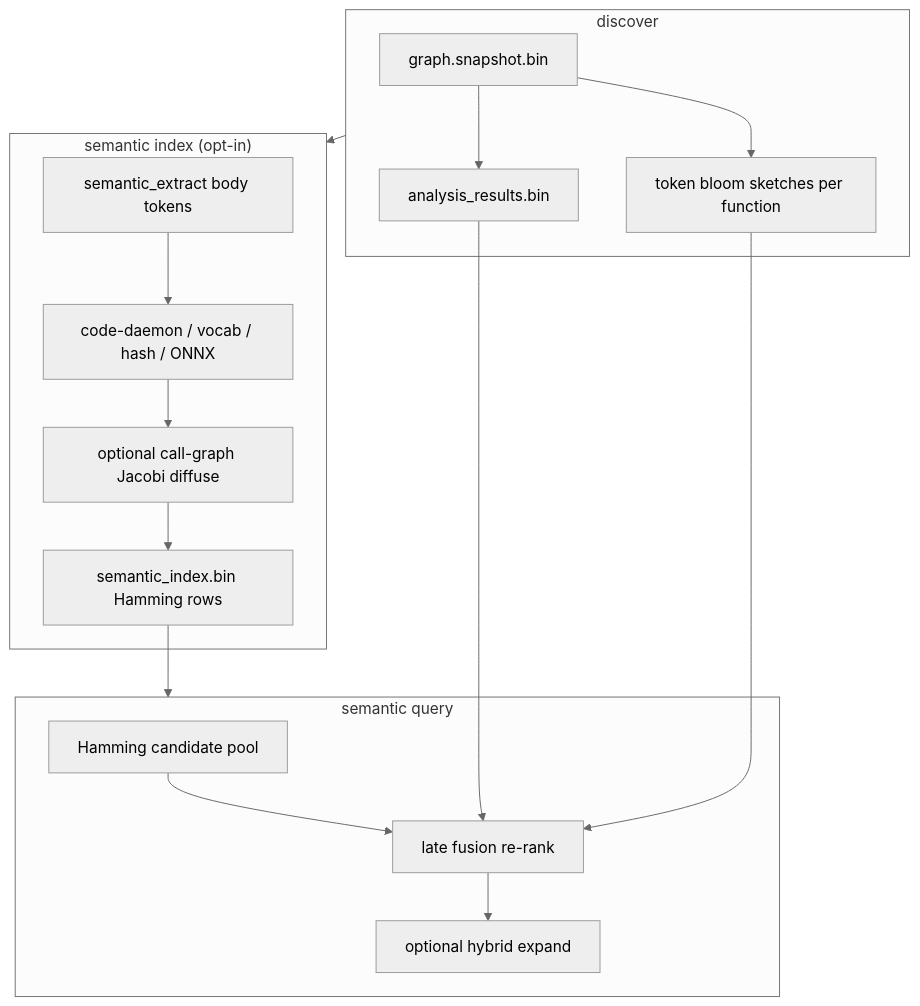
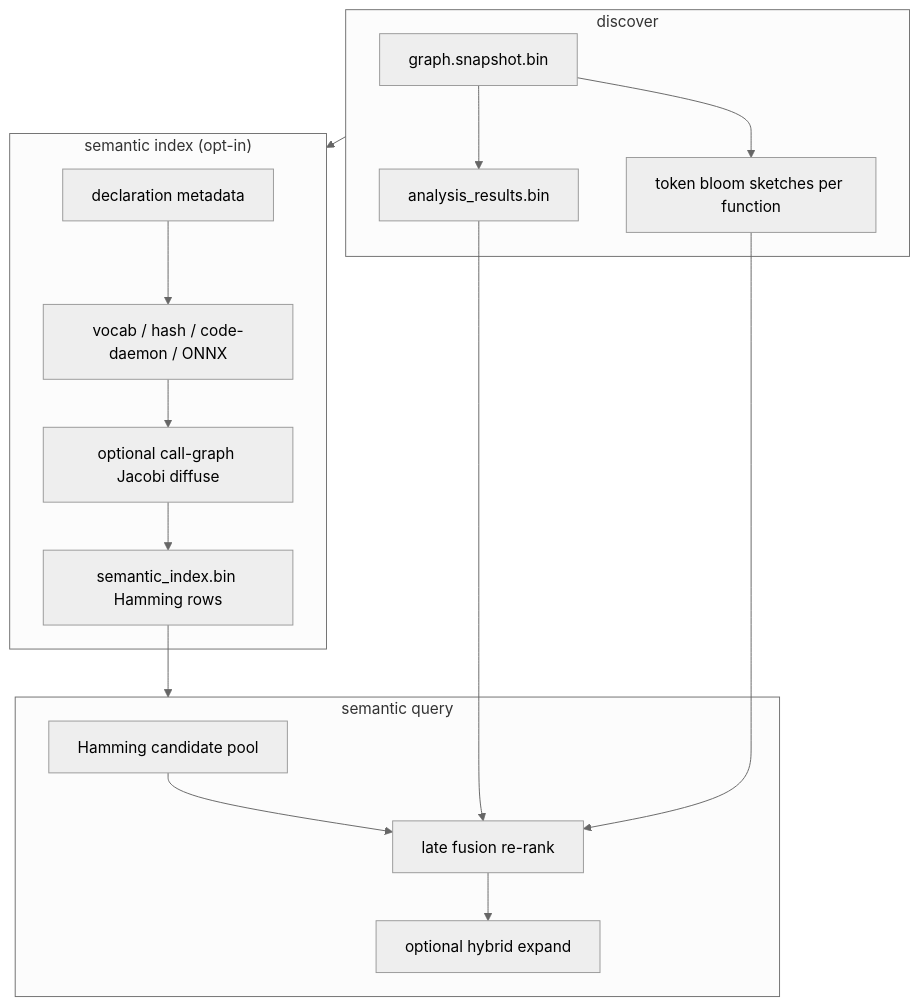
One commit to l3acon/rgctl changed the diagram in docs/design/semantic-search-design.md. Above: the diagram before and after it, drawn with Mermaid (neutral theme). The commit also changed other lines of this file and 22 other files, not shown here.

Commit message:
rg-build semantic index uses vocab unless you pass --embedder code-daemon or hash.

````diff
--- a/docs/design/semantic-search-design.md
+++ b/docs/design/semantic-search-design.md
@@ -26,30 +26,30 @@
 ```mermaid
 flowchart TB
   subgraph discover["discover"]
     G[graph.snapshot.bin]
     AR[analysis_results.bin]
     SK[token bloom sketches per function]
     G --> AR
     G --> SK
   end
 
   subgraph semantic_index["semantic index (opt-in)"]
-    EX[semantic_extract body tokens]
-    EM[code-daemon / vocab / hash / ONNX]
+    EX[declaration metadata]
+    EM[vocab / hash / code-daemon / ONNX]
     DIF[optional call-graph Jacobi diffuse]
     BIN[semantic_index.bin Hamming rows]
     EX --> EM --> DIF --> BIN
   end
 
   subgraph query["semantic query"]
     H[Hamming candidate pool]
     F[late fusion re-rank]
     HY[optional hybrid expand]
     H --> F --> HY
   end
 
   discover --> semantic_index
   BIN --> query
   AR --> F
   SK --> F
 ```
````
